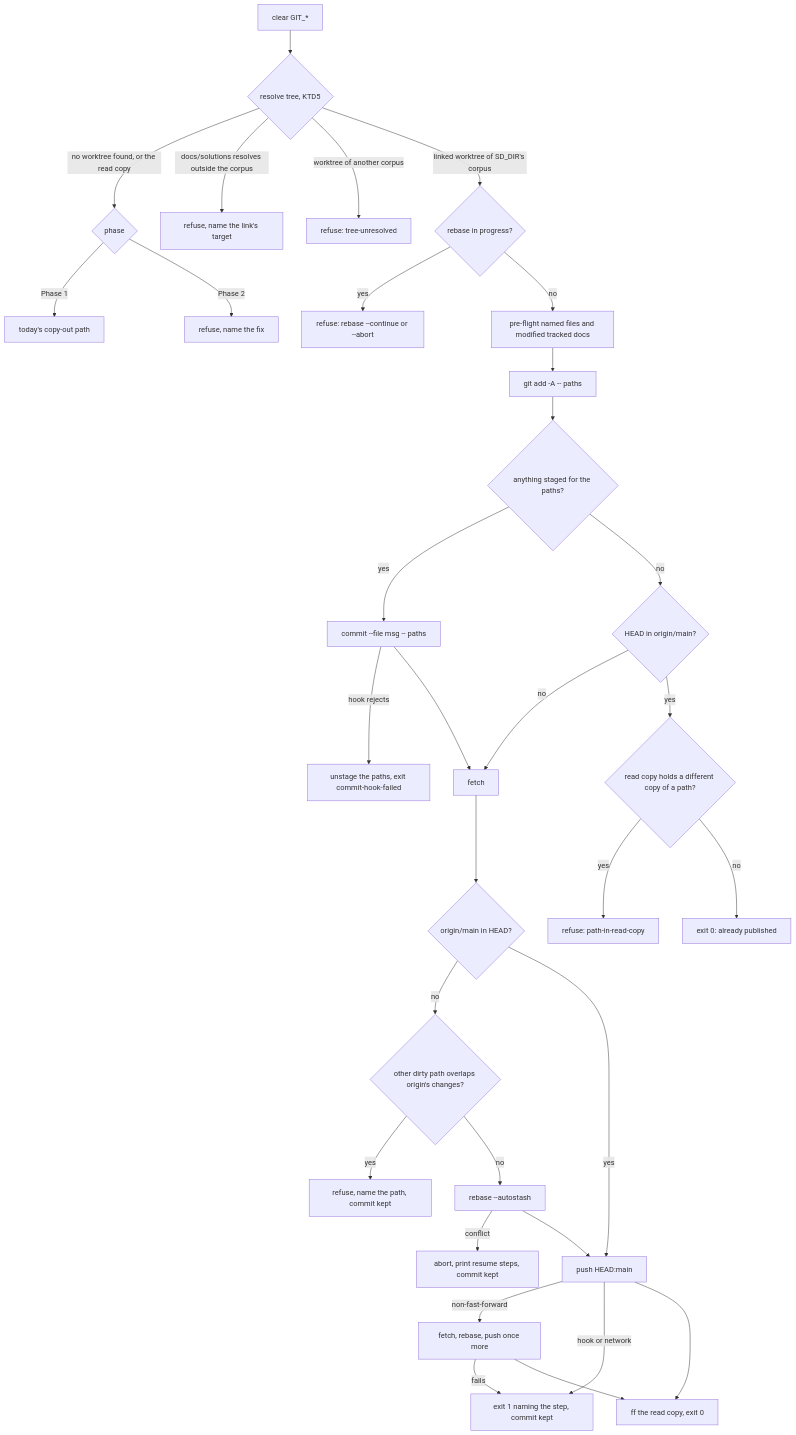
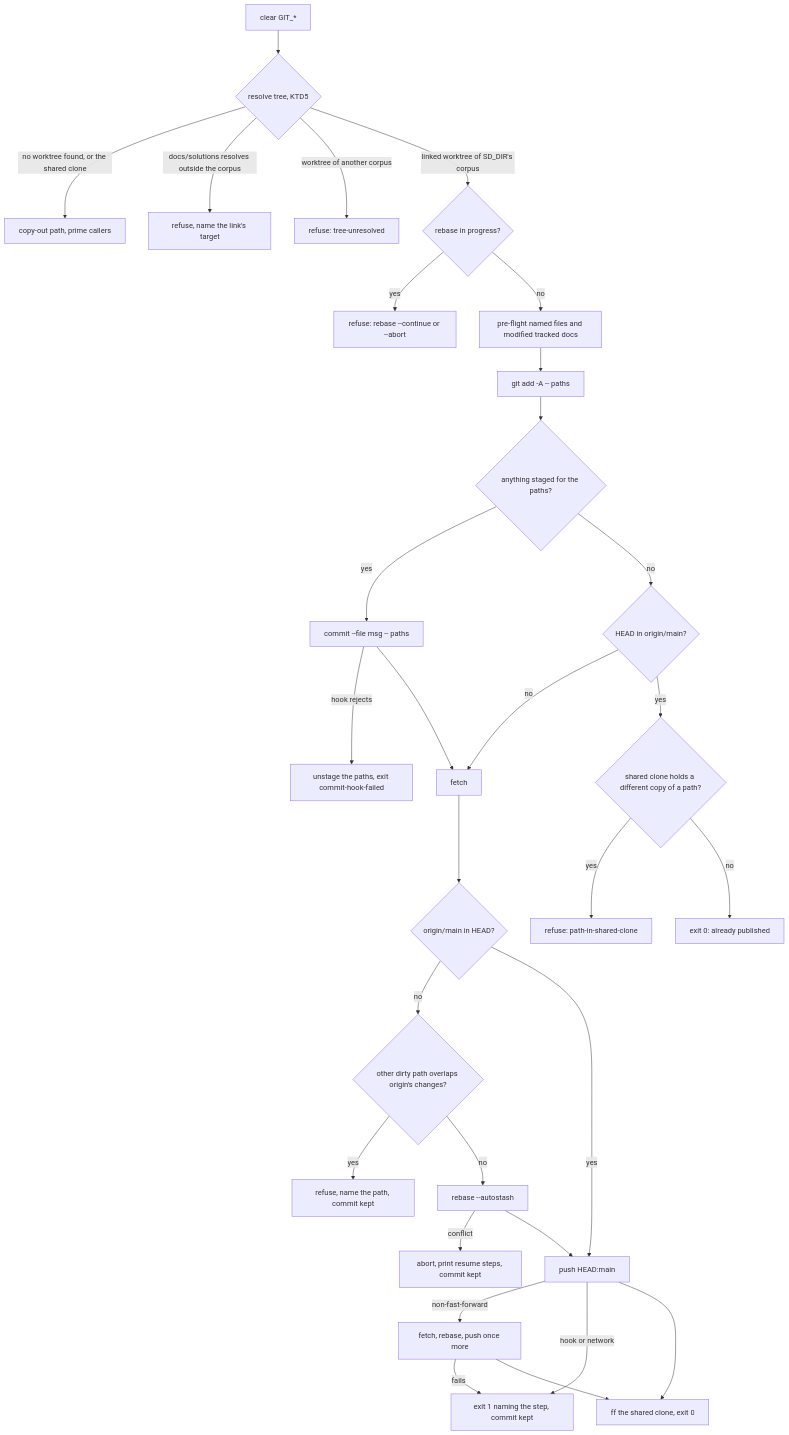
The third of 3 diagrams in docs/plans/2026-10-30-2040-feat-solutions-per-writer-worktrees-plan.md (brettdavies/dotfiles), drawn with Mermaid before and after one commit. The commit also changed other lines of this file, not shown here.

First line of the commit message:
docs(plans): record option B for prime checkouts in the solutions worktree plan

````diff
--- a/docs/plans/2026-10-30-2040-feat-solutions-per-writer-worktrees-plan.md
+++ b/docs/plans/2026-10-30-2040-feat-solutions-per-writer-worktrees-plan.md
@@ -365,34 +368,32 @@
 ```mermaid
 flowchart TB
   S[clear GIT_*] --> T{resolve tree, KTD5}
-  T -->|no worktree found, or the read copy| P1{phase}
-  P1 -->|Phase 1| C[today's copy-out path]
-  P1 -->|Phase 2| X[refuse, name the fix]
+  T -->|no worktree found, or the shared clone| C[copy-out path, prime callers]
   T -->|docs/solutions resolves outside the corpus| E[refuse, name the link's target]
   T -->|worktree of another corpus| E5[refuse: tree-unresolved]
   T -->|linked worktree of SD_DIR's corpus| RB{rebase in progress?}
   RB -->|yes| E1[refuse: rebase --continue or --abort]
   RB -->|no| V[pre-flight named files and modified tracked docs]
   V --> G[git add -A -- paths]
   G --> K{anything staged for the paths?}
   K -->|yes| M[commit --file msg -- paths]
   M -->|hook rejects| UN[unstage the paths, exit commit-hook-failed]
   K -->|no| N{HEAD in origin/main?}
   N -->|no| F
-  N -->|yes| RC{read copy holds a different copy of a path?}
-  RC -->|yes| E6[refuse: path-in-read-copy]
+  N -->|yes| RC{shared clone holds a different copy of a path?}
+  RC -->|yes| E6[refuse: path-in-shared-clone]
   RC -->|no| D0[exit 0: already published]
   M --> F[fetch]
   F --> B{origin/main in HEAD?}
   B -->|no| OV{other dirty path overlaps origin's changes?}
   OV -->|yes| E3[refuse, name the path, commit kept]
   OV -->|no| RE[rebase --autostash]
   RE -->|conflict| AB[abort, print resume steps, commit kept]
   RE --> PU
   B -->|yes| PU[push HEAD:main]
   PU -->|non-fast-forward| RT[fetch, rebase, push once more]
   PU -->|hook or network| E4[exit 1 naming the step, commit kept]
   RT -->|fails| E4
-  PU --> FF[ff the read copy, exit 0]
+  PU --> FF[ff the shared clone, exit 0]
   RT --> FF
 ```
````
